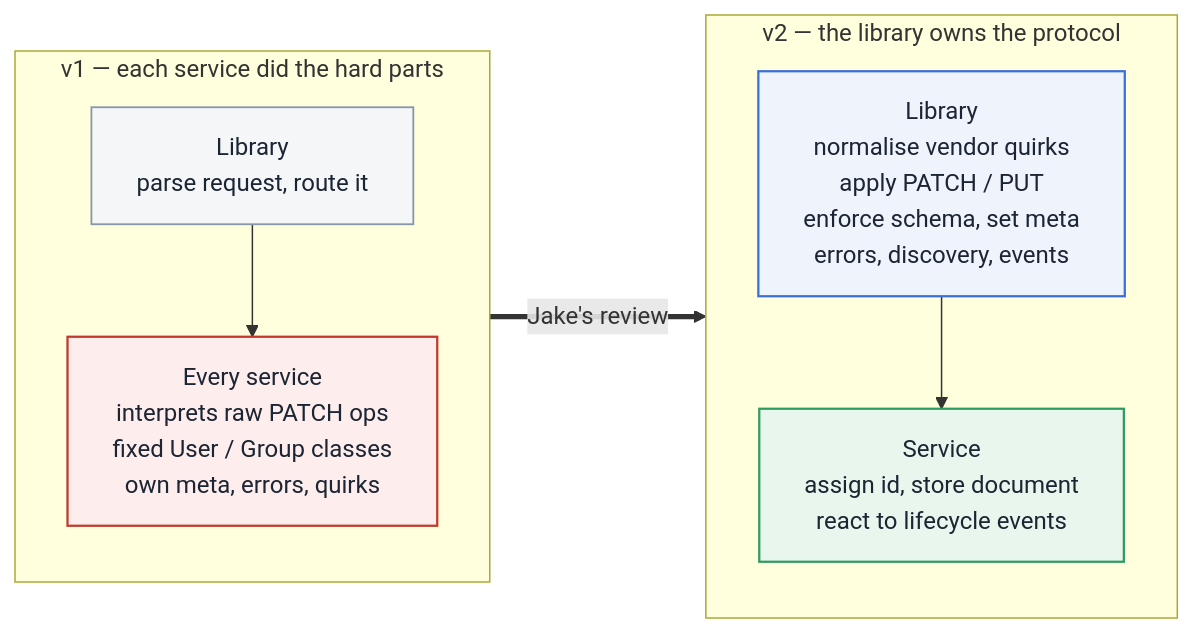
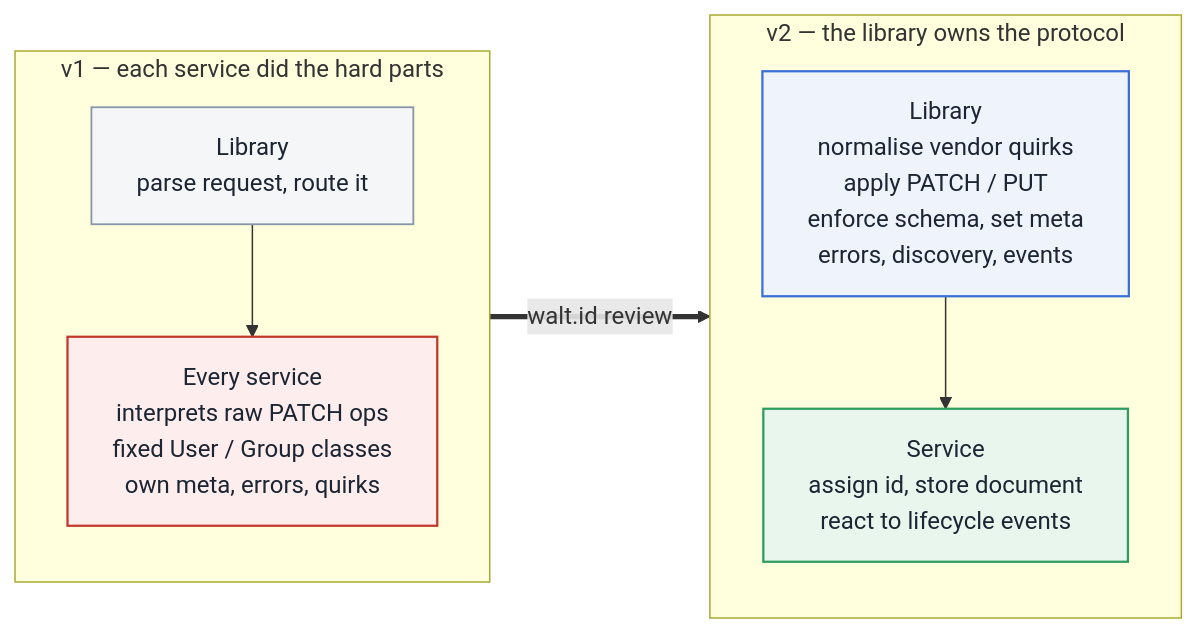
The diagram in diagrams/fig02-v1-vs-v2.mmd (saujam/walt-id-scim-2.0-design), drawn with Mermaid before and after one commit. The commit also changed 5 other files, not shown here.

```diff
--- a/diagrams/fig02-v1-vs-v2.mmd
+++ b/diagrams/fig02-v1-vs-v2.mmd
@@ -1,17 +1,17 @@
 flowchart LR
   subgraph v1["v1 — each service did the hard parts"]
     direction TB
     a1["Library<br/>parse request, route it"]:::ext --> a2["Every service<br/>interprets raw PATCH ops<br/>fixed User / Group classes<br/>own meta, errors, quirks"]:::bad
   end
   subgraph v2["v2 — the library owns the protocol"]
     direction TB
     b1["Library<br/>normalise vendor quirks<br/>apply PATCH / PUT<br/>enforce schema, set meta<br/>errors, discovery, events"]:::lib --> b2["Service<br/>assign id, store document<br/>react to lifecycle events"]:::good
   end
-  v1 ==>|"Jake's review"| v2
+  v1 ==>|"walt.id review"| v2
 
 classDef lib fill:#EEF3FC,stroke:#3B6FD8,stroke-width:1.5px,color:#1B2533;
 classDef walt fill:#E9F6EE,stroke:#2E9B5F,stroke-width:1.5px,color:#1B2533;
 classDef ext fill:#F4F6F8,stroke:#8796A8,stroke-width:1.2px,color:#1B2533;
 classDef opt fill:#FFFFFF,stroke:#8796A8,stroke-width:1.2px,stroke-dasharray:5 4,color:#4A5868;
 classDef bad fill:#FDEDEC,stroke:#C0392B,stroke-width:1.5px,color:#1B2533;
 classDef good fill:#E9F6EE,stroke:#2E9B5F,stroke-width:1.5px,color:#1B2533;
```
